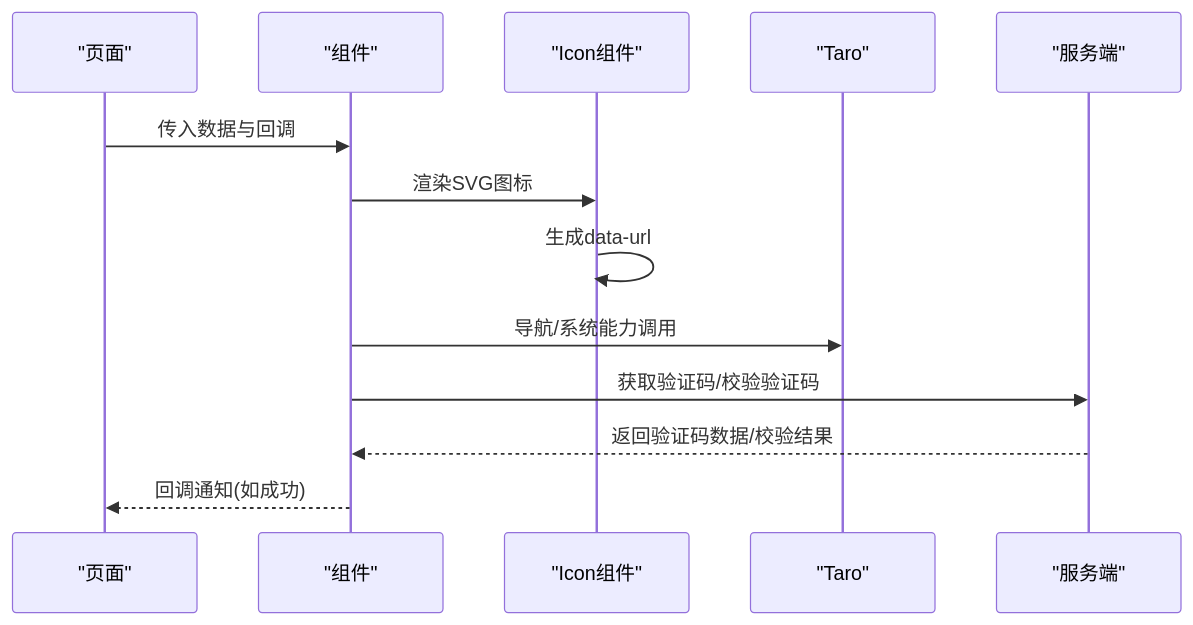
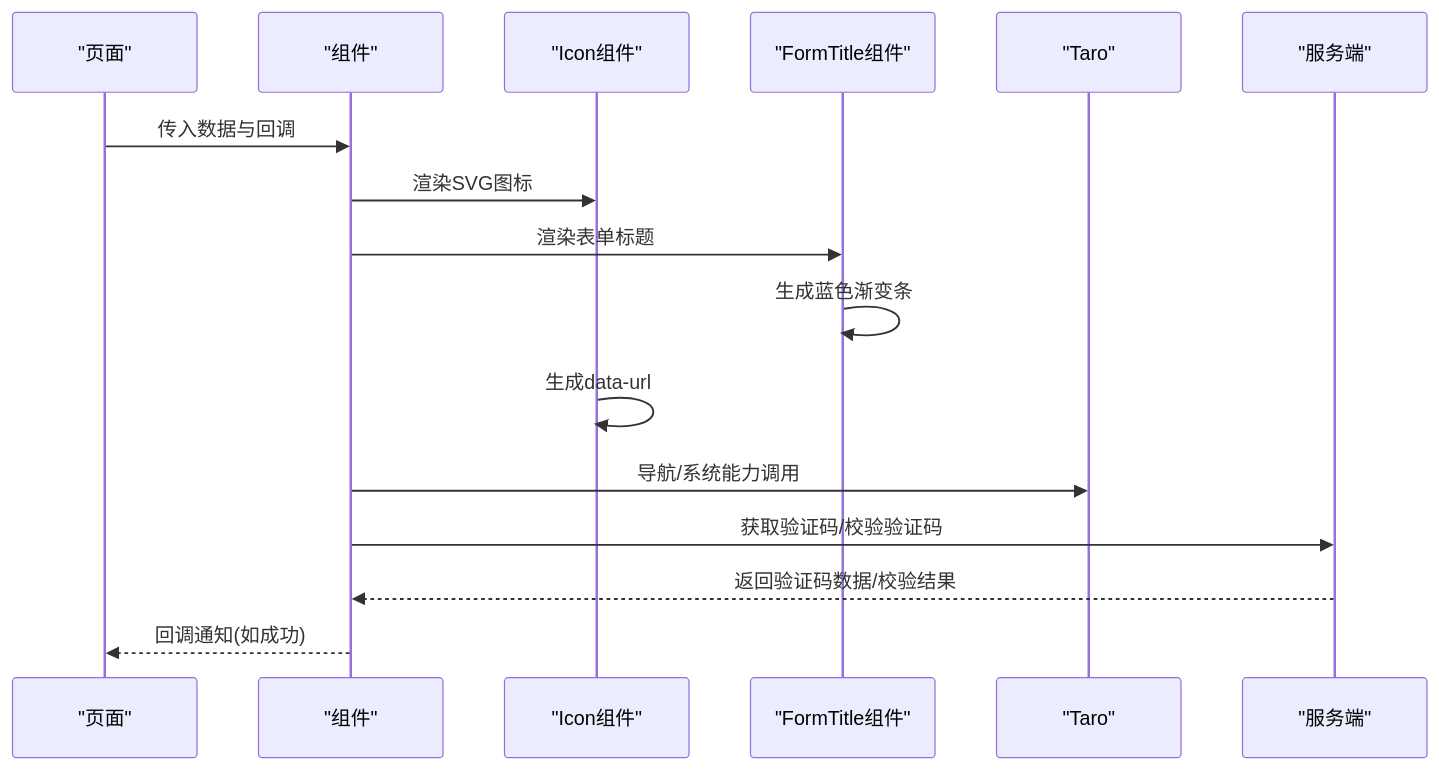
One commit to zuolinbao/redbook changed the second of 7 diagrams in .qoder/repowiki/zh/content/UI组件库/UI组件库.md. Above: the diagram before and after it, drawn with Mermaid. The commit also changed other lines of this file and 20 other files, not shown here.

````diff
--- a/.qoder/repowiki/zh/content/UI组件库/UI组件库.md
+++ b/.qoder/repowiki/zh/content/UI组件库/UI组件库.md
@@ -105,15 +116,18 @@
 ```mermaid
 sequenceDiagram
 participant P as "页面"
 participant C as "组件"
 participant I as "Icon组件"
+participant F as "FormTitle组件"
 participant T as "Taro"
 participant S as "服务端"
 P->>C : 传入数据与回调
 C->>I : 渲染SVG图标
+C->>F : 渲染表单标题
+F->>F : 生成蓝色渐变条
 I->>I : 生成data-url
 C->>T : 导航/系统能力调用
 C->>S : 获取验证码/校验验证码
 S-->>C : 返回验证码数据/校验结果
 C-->>P : 回调通知(如成功)
 ```
````
